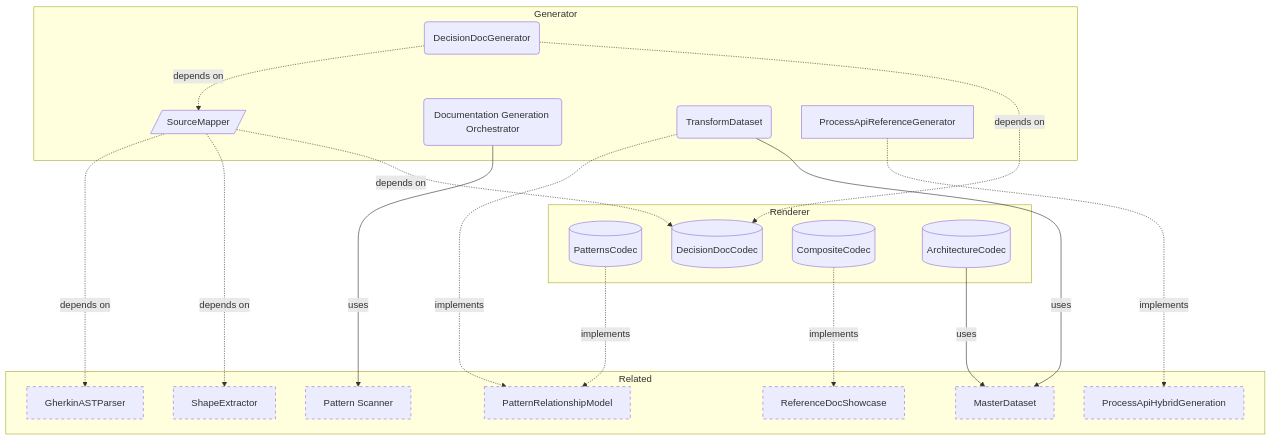
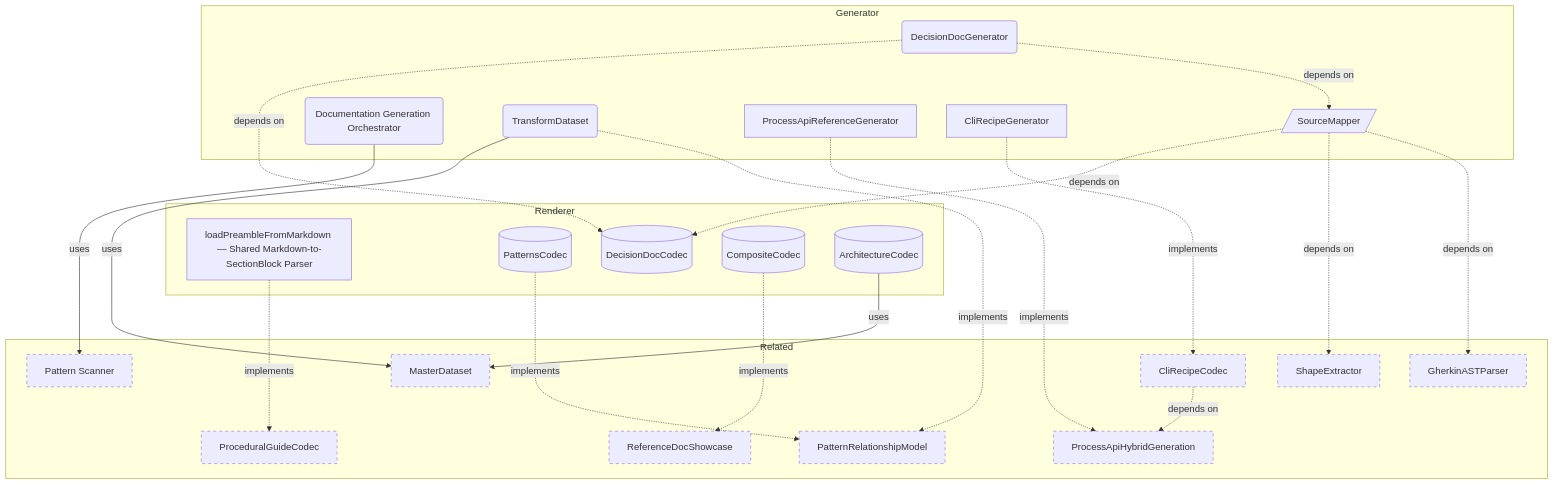
Before and after one commit to libar-dev/architect: the diagram in docs-live/product-areas/GENERATION.md, drawn with Mermaid. The commit also changed other lines of this file and 62 other files, not shown here.

First line of the commit message:
feat: implement WP-3/4/5/6/7 — 4 codecs, loadPreambleFromMarkdown, 900+ lines of manual docs replaced

````diff
--- a/docs-live/product-areas/GENERATION.md
+++ b/docs-live/product-areas/GENERATION.md
@@ -59,38 +59,45 @@
 ```mermaid
 graph TB
     subgraph generator["Generator"]
         SourceMapper[/"SourceMapper"/]
         Documentation_Generation_Orchestrator("Documentation Generation Orchestrator")
         TransformDataset("TransformDataset")
         ProcessApiReferenceGenerator["ProcessApiReferenceGenerator"]
         DecisionDocGenerator("DecisionDocGenerator")
+        CliRecipeGenerator["CliRecipeGenerator"]
     end
     subgraph renderer["Renderer"]
+        loadPreambleFromMarkdown___Shared_Markdown_to_SectionBlock_Parser["loadPreambleFromMarkdown — Shared Markdown-to-SectionBlock Parser"]
         PatternsCodec[("PatternsCodec")]
         DecisionDocCodec[("DecisionDocCodec")]
         CompositeCodec[("CompositeCodec")]
         ArchitectureCodec[("ArchitectureCodec")]
     end
     subgraph related["Related"]
         MasterDataset["MasterDataset"]:::neighbor
         Pattern_Scanner["Pattern Scanner"]:::neighbor
         GherkinASTParser["GherkinASTParser"]:::neighbor
         ShapeExtractor["ShapeExtractor"]:::neighbor
         ReferenceDocShowcase["ReferenceDocShowcase"]:::neighbor
         ProcessApiHybridGeneration["ProcessApiHybridGeneration"]:::neighbor
+        ProceduralGuideCodec["ProceduralGuideCodec"]:::neighbor
         PatternRelationshipModel["PatternRelationshipModel"]:::neighbor
+        CliRecipeCodec["CliRecipeCodec"]:::neighbor
     end
+    loadPreambleFromMarkdown___Shared_Markdown_to_SectionBlock_Parser ..->|implements| ProceduralGuideCodec
     SourceMapper -.->|depends on| DecisionDocCodec
     SourceMapper -.->|depends on| ShapeExtractor
     SourceMapper -.->|depends on| GherkinASTParser
     Documentation_Generation_Orchestrator -->|uses| Pattern_Scanner
+    PatternsCodec ..->|implements| PatternRelationshipModel
+    CompositeCodec ..->|implements| ReferenceDocShowcase
+    ArchitectureCodec -->|uses| MasterDataset
     TransformDataset -->|uses| MasterDataset
     TransformDataset ..->|implements| PatternRelationshipModel
     ProcessApiReferenceGenerator ..->|implements| ProcessApiHybridGeneration
     DecisionDocGenerator -.->|depends on| DecisionDocCodec
     DecisionDocGenerator -.->|depends on| SourceMapper
-    PatternsCodec ..->|implements| PatternRelationshipModel
-    CompositeCodec ..->|implements| ReferenceDocShowcase
-    ArchitectureCodec -->|uses| MasterDataset
+    CliRecipeGenerator ..->|implements| CliRecipeCodec
+    CliRecipeCodec -.->|depends on| ProcessApiHybridGeneration
     classDef neighbor stroke-dasharray: 5 5
 ```
````
